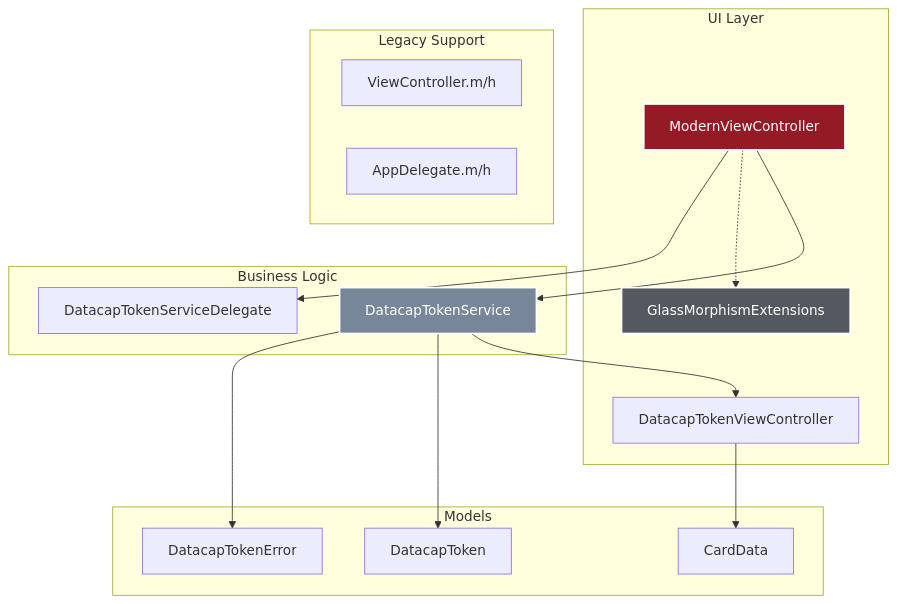
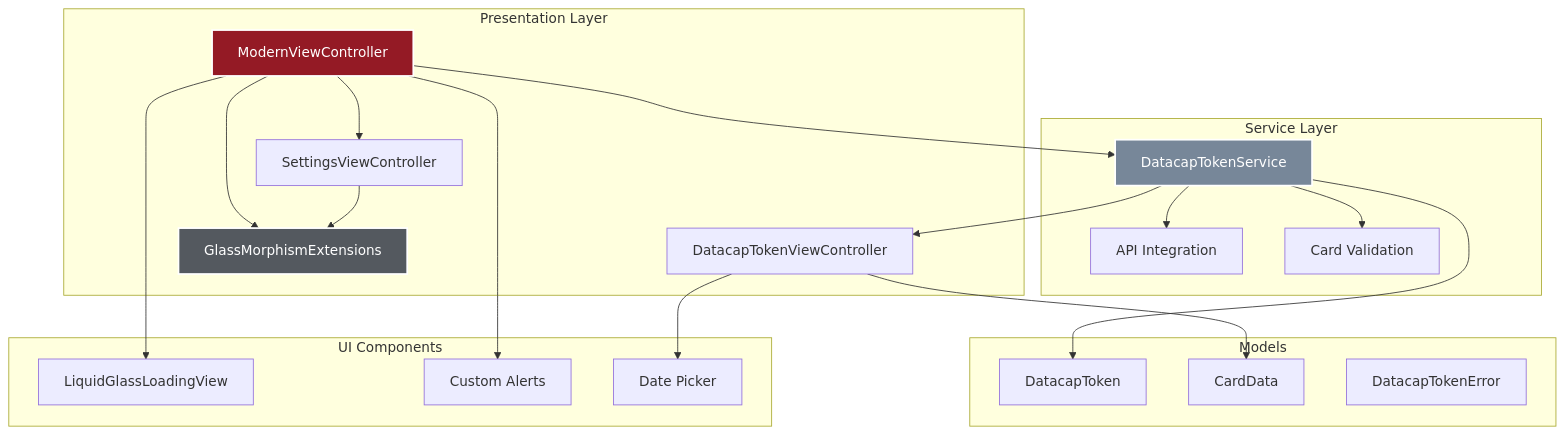
Before and after one commit to datacapsystems/Datacap-MobileToken-iOS-2025: the diagram in CLAUDE.md, drawn with Mermaid. The commit also changed other lines of this file and 79 other files, not shown here.

````diff
--- a/CLAUDE.md
+++ b/CLAUDE.md
@@ -30,36 +34,44 @@
 ```mermaid
 graph TB
-    subgraph "UI Layer"
+    subgraph "Presentation Layer"
         MVC[ModernViewController]
+        SVC[SettingsViewController]
         DTVC[DatacapTokenViewController]
         GME[GlassMorphismExtensions]
     end
     
-    subgraph "Business Logic"
+    subgraph "Service Layer"
         DTS[DatacapTokenService]
-        DTD[DatacapTokenServiceDelegate]
+        API[API Integration]
+        VAL[Card Validation]
     end
     
     subgraph "Models"
         DT[DatacapToken]
         CD[CardData]
         DTE[DatacapTokenError]
     end
     
-    subgraph "Legacy Support"
-        VC[ViewController.m/h]
-        AD[AppDelegate.m/h]
+    subgraph "UI Components"
+        LGL[LiquidGlassLoadingView]
+        ALERTS[Custom Alerts]
+        PICKER[Date Picker]
     end
     
     MVC --> DTS
-    MVC -.-> GME
+    MVC --> SVC
+    MVC --> GME
+    SVC --> GME
     DTS --> DTVC
+    DTS --> API
+    DTS --> VAL
     DTVC --> CD
+    DTVC --> PICKER
     DTS --> DT
-    DTS --> DTE
-    MVC --> DTD
+    MVC --> LGL
+    MVC --> ALERTS
     
     style MVC fill:#941a25,stroke:#fff,stroke-width:2px,color:#fff
     style DTS fill:#778799,stroke:#fff,stroke-width:2px,color:#fff
     style GME fill:#54595f,stroke:#fff,stroke-width:2px,color:#fff
 ```
````
